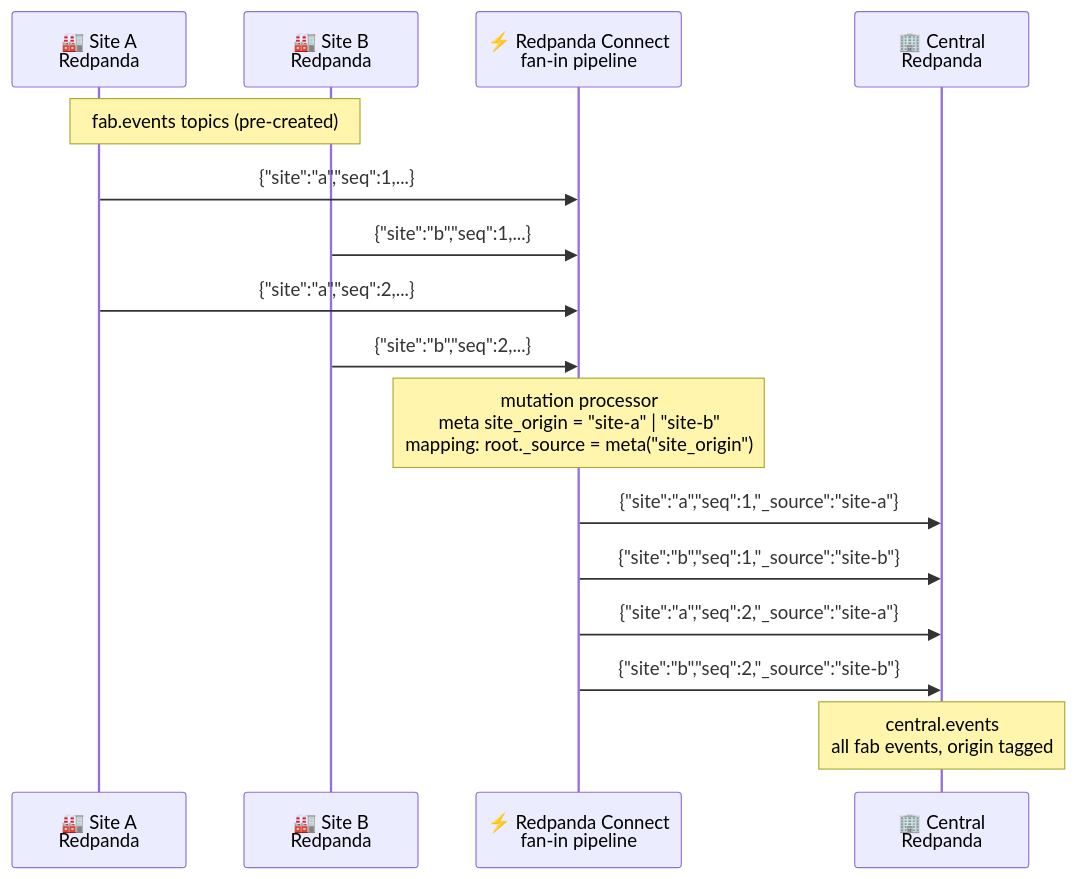
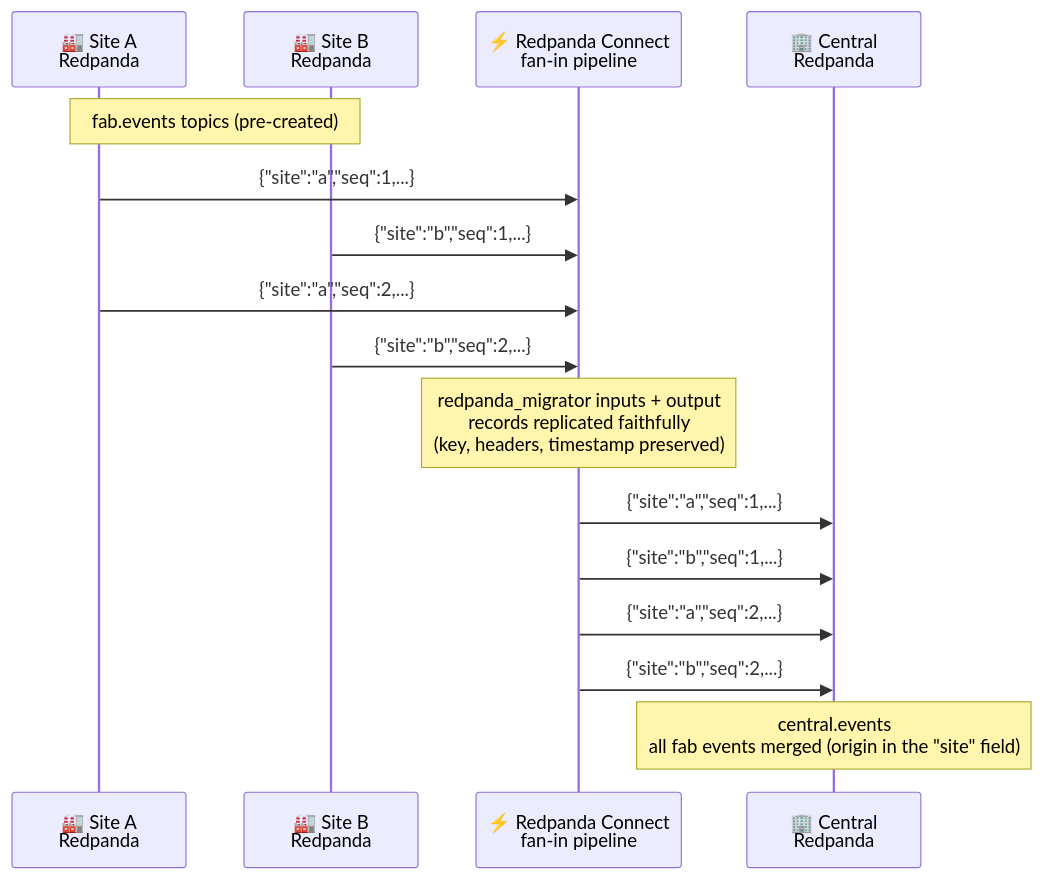
The diagram in lab-1-fan-in.md (WesWWagner/redpanda-connect-workshop), drawn with Mermaid before and after one commit. The commit also changed other lines of this file and 4 other files, not shown here.

First line of the commit message:
Lab 1: use Redpanda Migrator instead of kafka_franz + mutation

````diff
--- a/lab-1-fan-in.md
+++ b/lab-1-fan-in.md
@@ -12,23 +12,23 @@
 ```mermaid
 sequenceDiagram
     participant A as 🏭 Site A<br/>Redpanda
     participant B as 🏭 Site B<br/>Redpanda
     participant RC as ⚡ Redpanda Connect<br/>fan-in pipeline
     participant C as 🏢 Central<br/>Redpanda
 
     Note over A,B: fab.events topics (pre-created)
 
     A->>RC: {"site":"a","seq":1,...}
     B->>RC: {"site":"b","seq":1,...}
     A->>RC: {"site":"a","seq":2,...}
     B->>RC: {"site":"b","seq":2,...}
 
-    Note over RC: mutation processor<br/>meta site_origin = "site-a" | "site-b"<br/>mapping: root._source = meta("site_origin")
+    Note over RC: redpanda_migrator inputs + output<br/>records replicated faithfully<br/>(key, headers, timestamp preserved)
 
-    RC->>C: {"site":"a","seq":1,"_source":"site-a"}
-    RC->>C: {"site":"b","seq":1,"_source":"site-b"}
-    RC->>C: {"site":"a","seq":2,"_source":"site-a"}
-    RC->>C: {"site":"b","seq":2,"_source":"site-b"}
+    RC->>C: {"site":"a","seq":1,...}
+    RC->>C: {"site":"b","seq":1,...}
+    RC->>C: {"site":"a","seq":2,...}
+    RC->>C: {"site":"b","seq":2,...}
 
-    Note over C: central.events<br/>all fab events, origin tagged
+    Note over C: central.events<br/>all fab events merged (origin in the "site" field)
 ```
````
